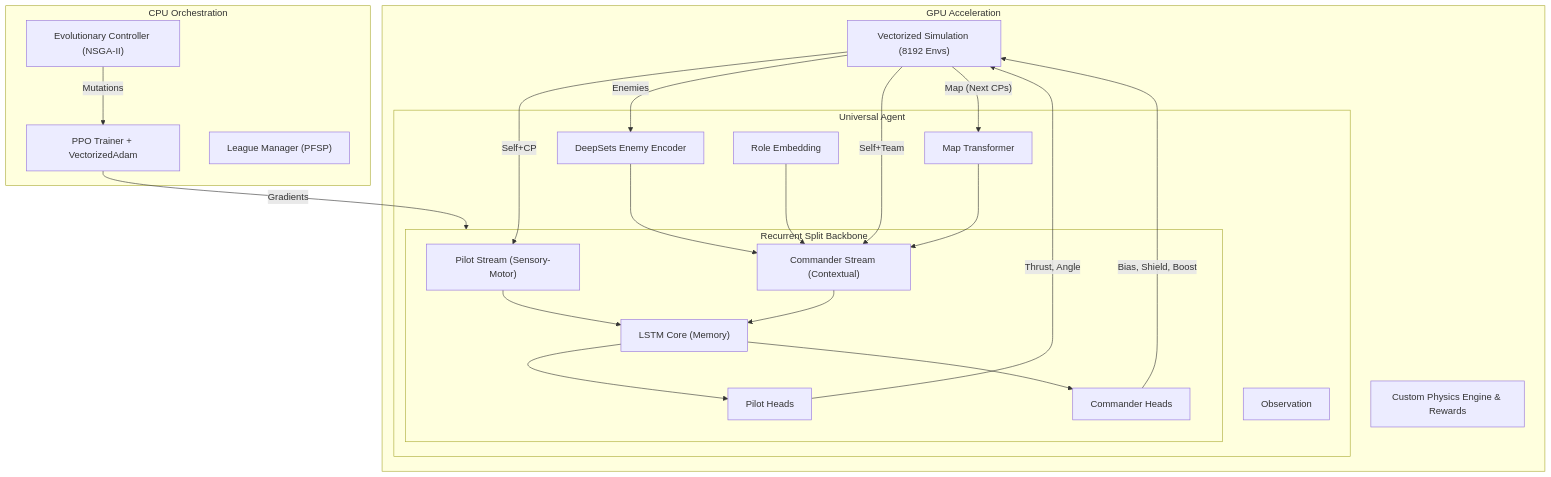
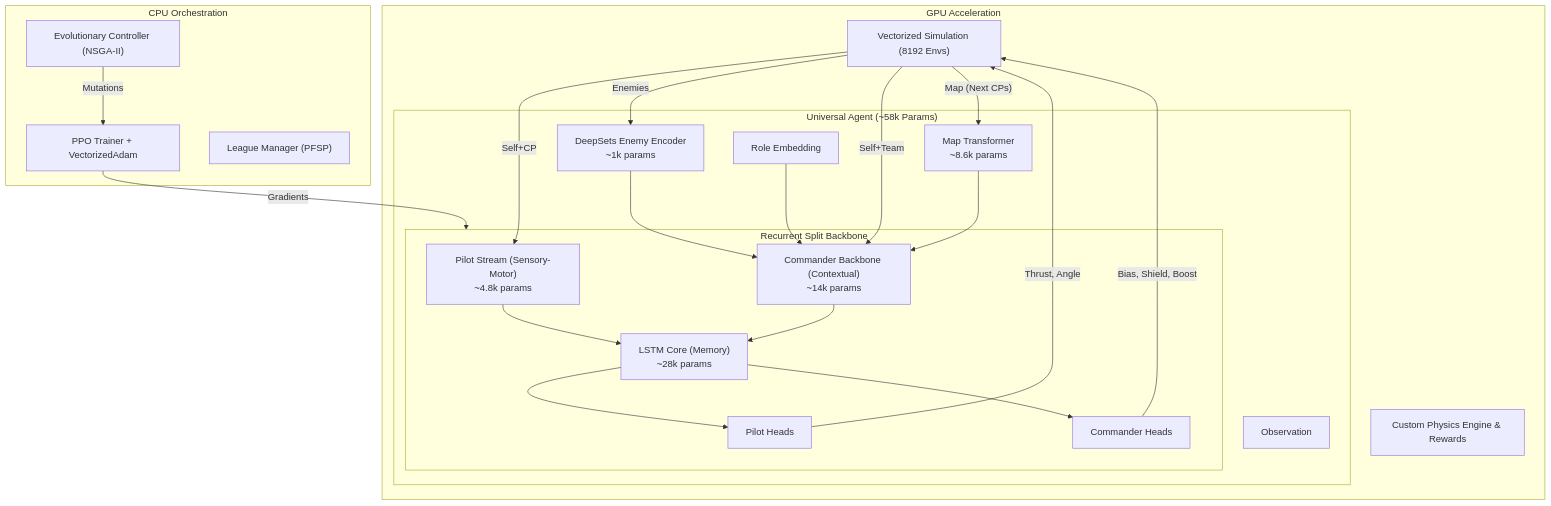
Before and after one commit to Vietnoirien/Sebulba-s-Legacy: the diagram in docs/architecture.md, drawn with Mermaid. The commit also changed other lines of this file and 2 other files, not shown here.

Commit message:
docs: add model parameter counts to architecture and submission docs

````diff
--- a/docs/architecture.md
+++ b/docs/architecture.md
@@ -8,51 +8,51 @@
 ```mermaid
 graph TD
     subgraph GPU_ACC ["GPU Acceleration"]
         sim_vec["Vectorized Simulation (8192 Envs)"]
         physics_eng["Custom Physics Engine & Rewards"]
         
-        subgraph agent_model ["Universal Agent"]
+        subgraph agent_model ["Universal Agent (~58k Params)"]
             obs_input["Observation"]
             
             subgraph unified_brain ["Recurrent Split Backbone"]
-                pilot_feat["Pilot Stream (Sensory-Motor)"]
-                cmd_feat["Commander Stream (Contextual)"]
+                pilot_feat["Pilot Stream (Sensory-Motor)<br/>~4.8k params"]
+                cmd_feat["Commander Backbone (Contextual)<br/>~14k params"]
                 
-                lstm_core["LSTM Core (Memory)"]
+                lstm_core["LSTM Core (Memory)<br/>~28k params"]
                 
                 pilot_heads["Pilot Heads"]
                 cmd_heads["Commander Heads"]
             end
             
-            enemy_encoder["DeepSets Enemy Encoder"]
-            map_encoder["Map Transformer"]
+            enemy_encoder["DeepSets Enemy Encoder<br/>~1k params"]
+            map_encoder["Map Transformer<br/>~8.6k params"]
             role_emb["Role Embedding"]
         end
     end
     
     subgraph CPU_ORCH ["CPU Orchestration"]
         ppo_trainer["PPO Trainer + VectorizedAdam"]
         ga_ctrl["Evolutionary Controller (NSGA-II)"]
         league_mgr["League Manager (PFSP)"]
     end
     
     sim_vec -- "Self+CP" --> pilot_feat
     sim_vec -- "Enemies" --> enemy_encoder 
     enemy_encoder --> cmd_feat
     sim_vec -- "Self+Team" --> cmd_feat
     sim_vec -- "Map (Next CPs)" --> map_encoder
     map_encoder --> cmd_feat
     role_emb --> cmd_feat
     
     pilot_feat --> lstm_core
     cmd_feat --> lstm_core
     
     lstm_core --> pilot_heads
     lstm_core --> cmd_heads
     
     pilot_heads -- "Thrust, Angle" --> sim_vec
     cmd_heads -- "Bias, Shield, Boost" --> sim_vec
     
     ppo_trainer -- "Gradients" --> unified_brain
     ga_ctrl -- "Mutations" --> ppo_trainer
 ```
````
